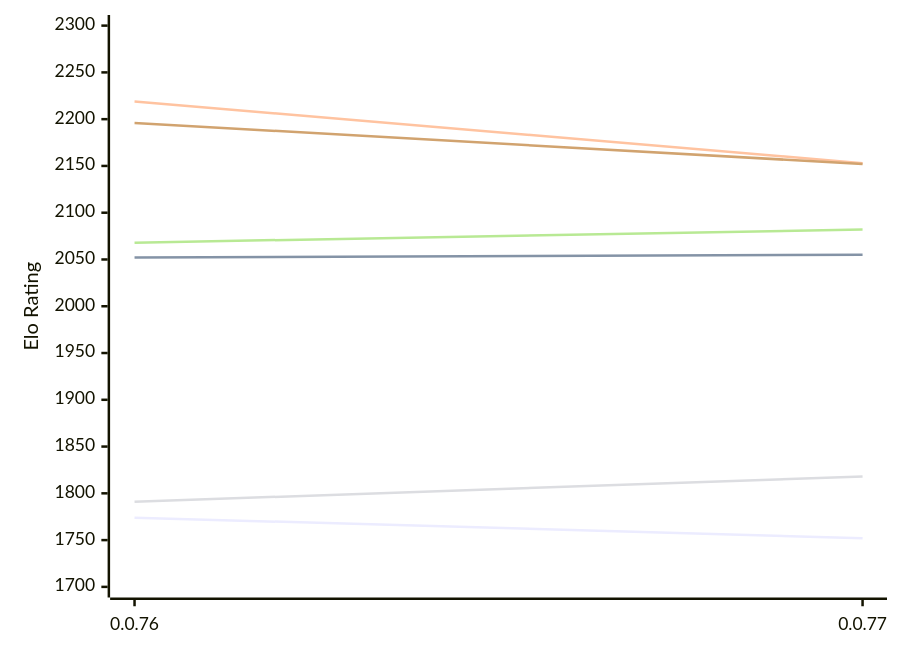
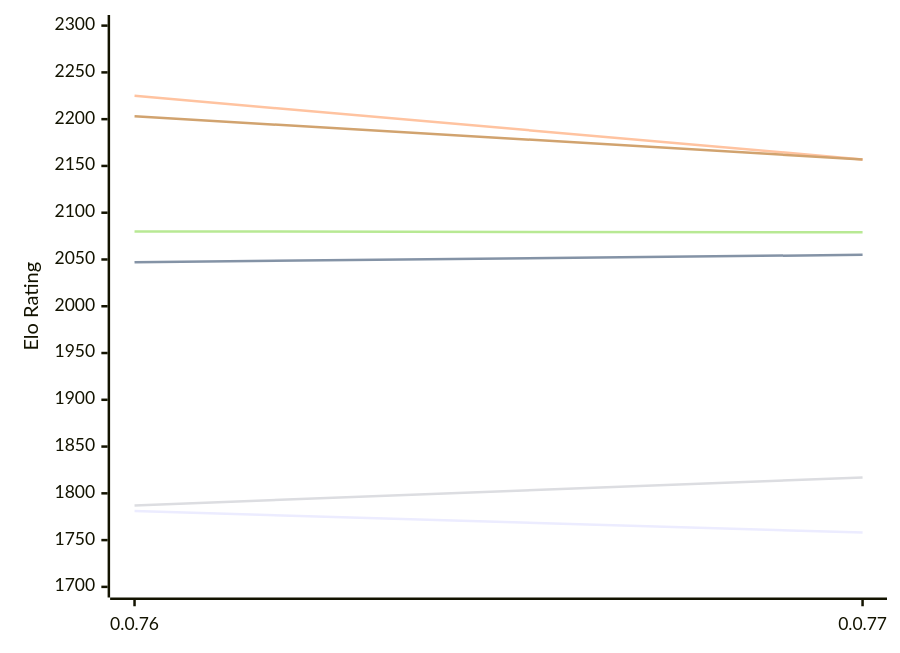
One commit to computer-chess-index/cci changed the first of 2 diagrams in engines/Fktb.md. Above: the diagram before and after it, drawn with Mermaid. The commit also changed other lines of this file, not shown here.

Commit message:
Update CCI Ratings (ELO VLTC) - 2026-11-25

````diff
--- a/engines/Fktb.md
+++ b/engines/Fktb.md
@@ -50,12 +50,12 @@
 ```mermaid
 %%{init: {"theme":"base","themeVariables":{"seriesColors:['#a3a3a3','#222221','#faa371']}}}%%
 xychart-beta
   x-axis ["0.0.76", "0.0.77"]
   y-axis "Elo Rating" 1700 --> 2300
-  line "E1: STC (8.0+0.08s)" [1774, 1752]
-  line "E1: LTC (60.0+0.60s)" [2052, 2055]
-  line "E1: VLTC (2m24s+1.12s)" [2219, 2153]
-  line "P1: STC (8.0+0.08s)" [1791, 1818]
-  line "P1: LTC (60.0+0.60s)" [2068, 2082]
-  line "P1: VLTC (2m24s+1.12s)" [2196, 2152]
+  line "E1: STC (8.0+0.08s)" [1781, 1758]
+  line "E1: LTC (60.0+0.60s)" [2047, 2055]
+  line "E1: VLTC (2m24s+1.12s)" [2225, 2157]
+  line "P1: STC (8.0+0.08s)" [1787, 1817]
+  line "P1: LTC (60.0+0.60s)" [2080, 2079]
+  line "P1: VLTC (2m24s+1.12s)" [2203, 2157]
 ```
````
